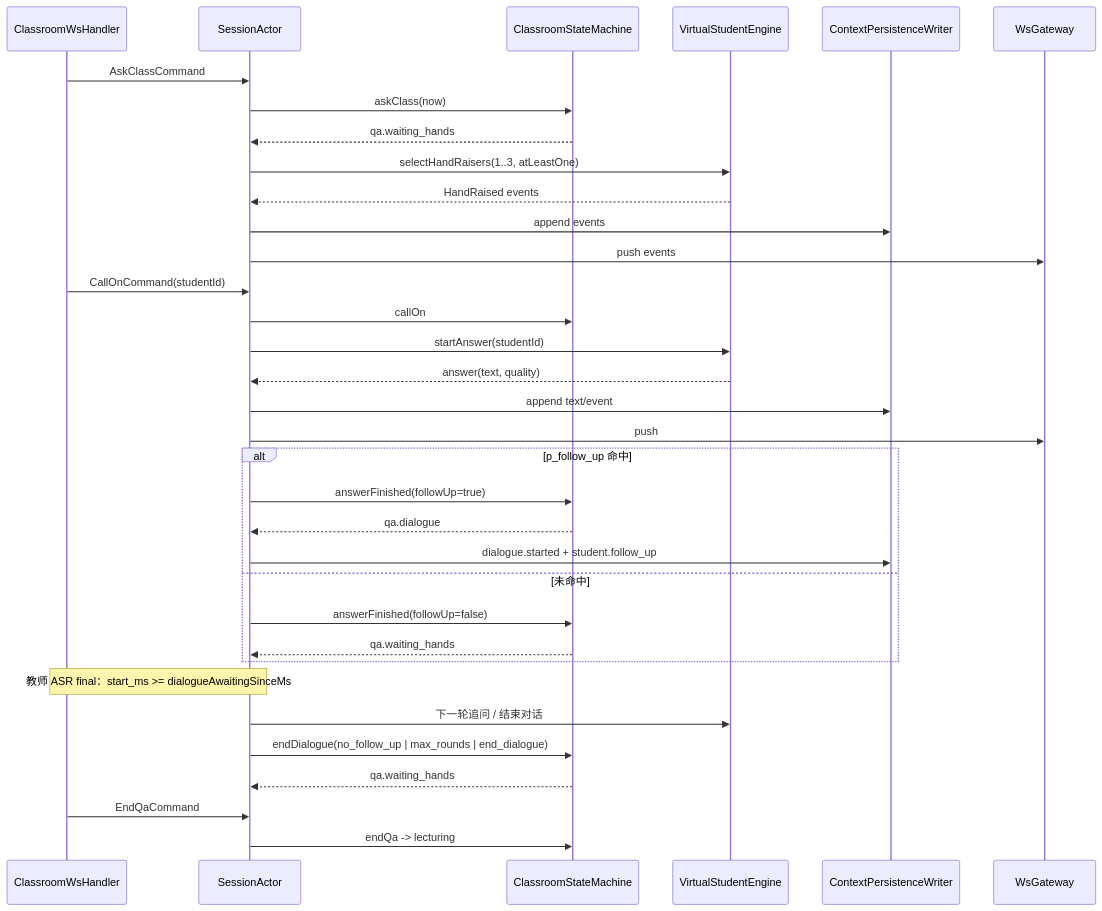
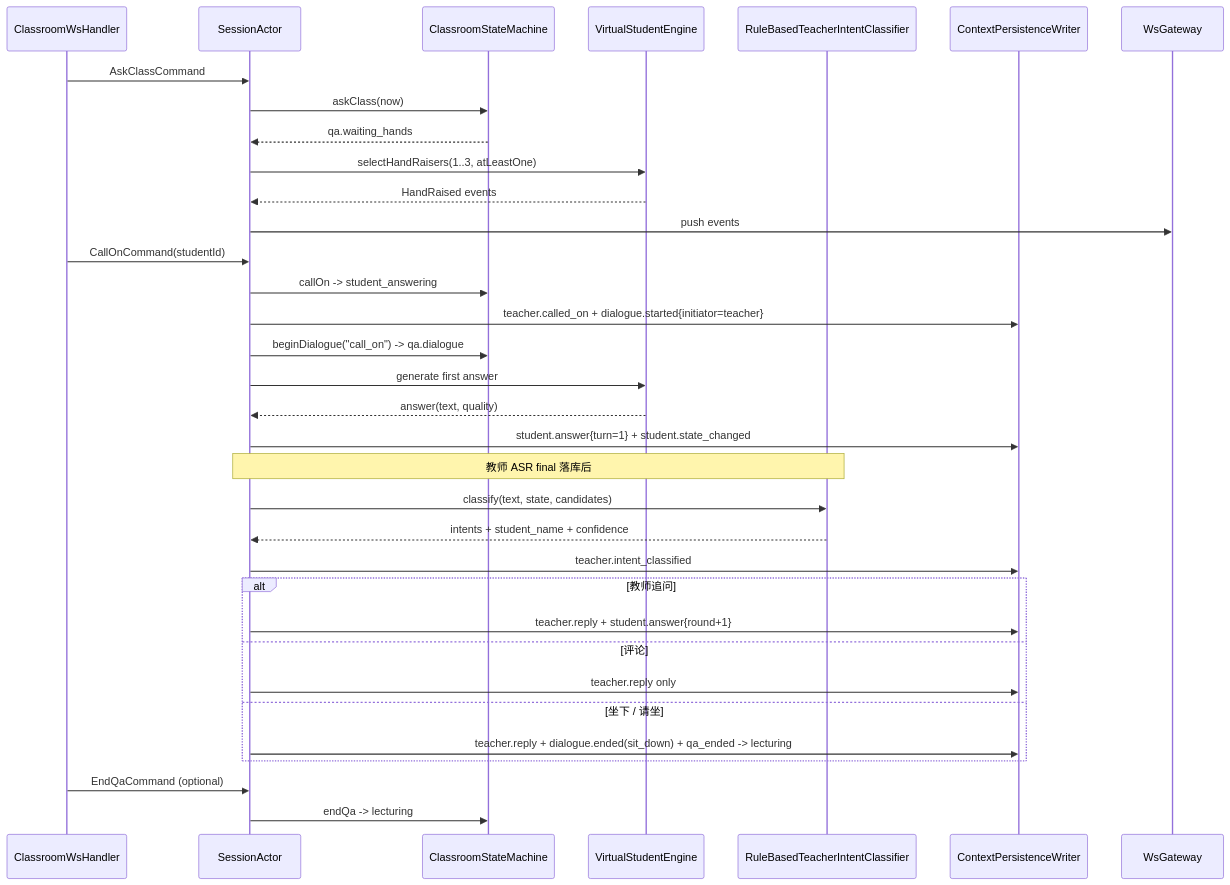
One commit to Savior-R/reGroupprojectV1 changed the third of 6 diagrams in docs/implementation/04-M3-实现设计.md. Above: the diagram before and after it, drawn with Mermaid. The commit also changed other lines of this file and 64 other files, not shown here.

First line of the commit message:
[M3] 实现点名即对话、教师意图规则与本地线性模型

````diff
--- a/docs/implementation/04-M3-实现设计.md
+++ b/docs/implementation/04-M3-实现设计.md
@@ -415,36 +503,36 @@
 ```mermaid
 sequenceDiagram
   participant C as ClassroomWsHandler
   participant A as SessionActor
   participant S as ClassroomStateMachine
   participant V as VirtualStudentEngine
+  participant I as RuleBasedTeacherIntentClassifier
   participant P as ContextPersistenceWriter
   participant W as WsGateway
   C->>A: AskClassCommand
   A->>S: askClass(now)
   S-->>A: qa.waiting_hands
   A->>V: selectHandRaisers(1..3, atLeastOne)
   V-->>A: HandRaised events
-  A->>P: append events
   A->>W: push events
   C->>A: CallOnCommand(studentId)
-  A->>S: callOn
-  A->>V: startAnswer(studentId)
+  A->>S: callOn -> student_answering
+  A->>P: teacher.called_on + dialogue.started{initiator=teacher}
+  A->>S: beginDialogue("call_on") -> qa.dialogue
+  A->>V: generate first answer
   V-->>A: answer(text, quality)
-  A->>P: append text/event
-  A->>W: push
-  alt p_follow_up 命中
-    A->>S: answerFinished(followUp=true)
-    S-->>A: qa.dialogue
-    A->>P: dialogue.started + student.follow_up
-  else 未命中
-    A->>S: answerFinished(followUp=false)
-    S-->>A: qa.waiting_hands
+  A->>P: student.answer{turn=1} + student.state_changed
+  Note over A,I: 教师 ASR final 落库后
+  A->>I: classify(text, state, candidates)
+  I-->>A: intents + student_name + confidence
+  A->>P: teacher.intent_classified
+  alt 教师追问
+    A->>P: teacher.reply + student.answer{round+1}
+  else 评论
+    A->>P: teacher.reply only
+  else 坐下 / 请坐
+    A->>P: teacher.reply + dialogue.ended(sit_down) + qa_ended -> lecturing
   end
-  Note over C,A: 教师 ASR final：start_ms >= dialogueAwaitingSinceMs
-  A->>V: 下一轮追问 / 结束对话
-  A->>S: endDialogue(no_follow_up | max_rounds | end_dialogue)
-  S-->>A: qa.waiting_hands
-  C->>A: EndQaCommand
+  C->>A: EndQaCommand (optional)
   A->>S: endQa -> lecturing
 ```
````
